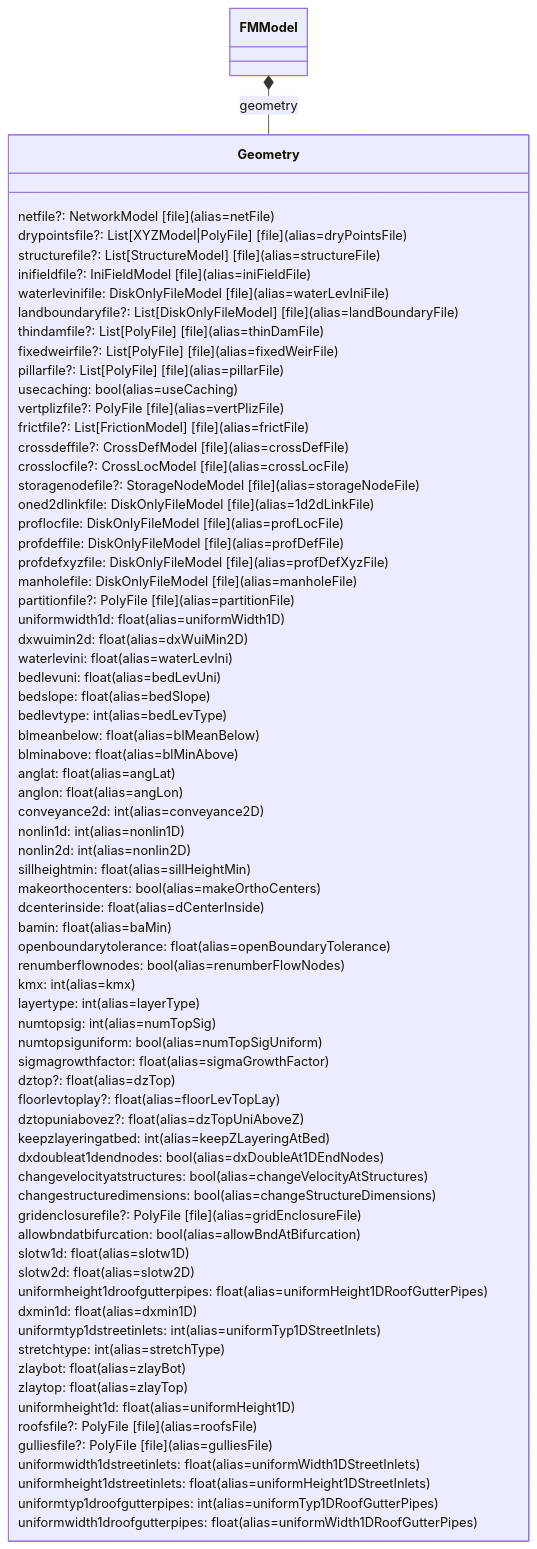
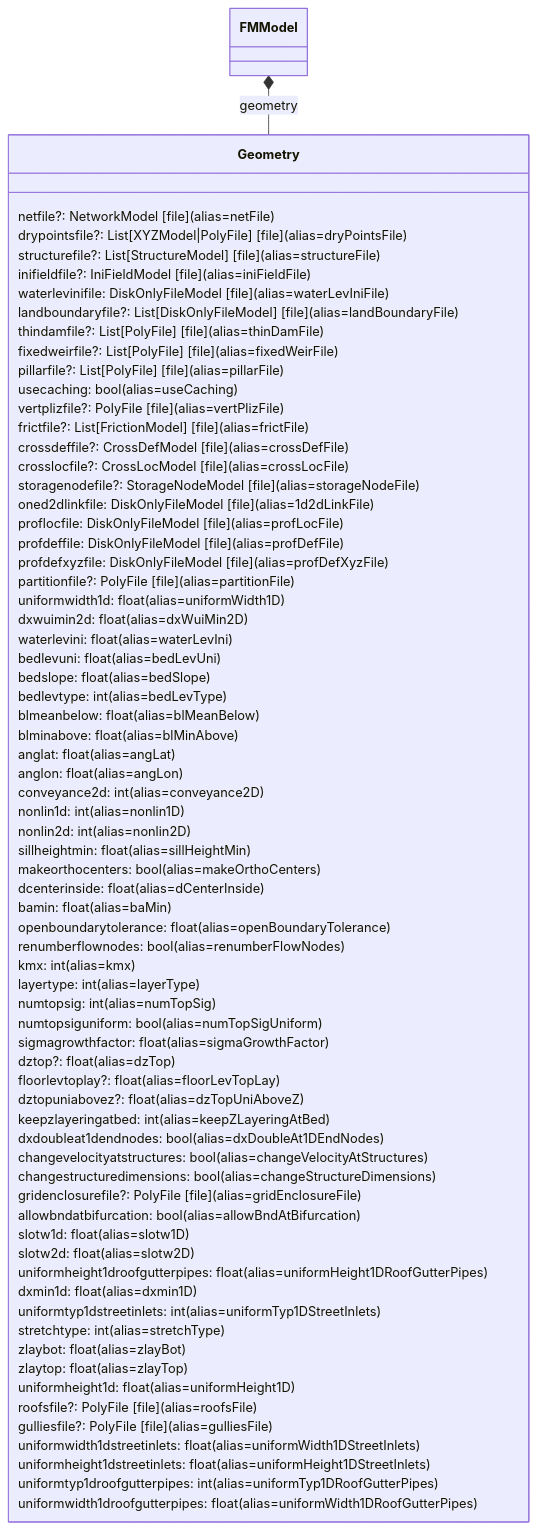
One commit to Deltares/HYDROLIB-core changed the second of 8 diagrams in docs/reference/dflowfm/mdu/fm-model-attributes-detailed.md. Above: the diagram before and after it, drawn with Mermaid. The commit also changed 26 other files, not shown here.

Commit message:
feat(models): remove deprecated 'manholeFile' field from model attributes

````diff
--- a/docs/reference/dflowfm/mdu/fm-model-attributes-detailed.md
+++ b/docs/reference/dflowfm/mdu/fm-model-attributes-detailed.md
@@ -129,80 +129,79 @@
 ```mermaid
 classDiagram
     direction TB
 
     class Geometry {
       netfile?: NetworkModel [file] (alias=netFile)
       drypointsfile?: List[XYZModel|PolyFile] [file] (alias=dryPointsFile)
       structurefile?: List[StructureModel] [file] (alias=structureFile)
       inifieldfile?: IniFieldModel [file] (alias=iniFieldFile)
       waterlevinifile: DiskOnlyFileModel [file] (alias=waterLevIniFile)
       landboundaryfile?: List[DiskOnlyFileModel] [file] (alias=landBoundaryFile)
       thindamfile?: List[PolyFile] [file] (alias=thinDamFile)
       fixedweirfile?: List[PolyFile] [file] (alias=fixedWeirFile)
       pillarfile?: List[PolyFile] [file] (alias=pillarFile)
       usecaching: bool (alias=useCaching)
       vertplizfile?: PolyFile [file] (alias=vertPlizFile)
       frictfile?: List[FrictionModel] [file] (alias=frictFile)
       crossdeffile?: CrossDefModel [file] (alias=crossDefFile)
       crosslocfile?: CrossLocModel [file] (alias=crossLocFile)
       storagenodefile?: StorageNodeModel [file] (alias=storageNodeFile)
       oned2dlinkfile: DiskOnlyFileModel [file] (alias=1d2dLinkFile)
       proflocfile: DiskOnlyFileModel [file] (alias=profLocFile)
       profdeffile: DiskOnlyFileModel [file] (alias=profDefFile)
       profdefxyzfile: DiskOnlyFileModel [file] (alias=profDefXyzFile)
-      manholefile: DiskOnlyFileModel [file] (alias=manholeFile)
       partitionfile?: PolyFile [file] (alias=partitionFile)
       uniformwidth1d: float (alias=uniformWidth1D)
       dxwuimin2d: float (alias=dxWuiMin2D)
       waterlevini: float (alias=waterLevIni)
       bedlevuni: float (alias=bedLevUni)
       bedslope: float (alias=bedSlope)
       bedlevtype: int (alias=bedLevType)
       blmeanbelow: float (alias=blMeanBelow)
       blminabove: float (alias=blMinAbove)
       anglat: float (alias=angLat)
       anglon: float (alias=angLon)
       conveyance2d: int (alias=conveyance2D)
       nonlin1d: int (alias=nonlin1D)
       nonlin2d: int (alias=nonlin2D)
       sillheightmin: float (alias=sillHeightMin)
       makeorthocenters: bool (alias=makeOrthoCenters)
       dcenterinside: float (alias=dCenterInside)
       bamin: float (alias=baMin)
       openboundarytolerance: float (alias=openBoundaryTolerance)
       renumberflownodes: bool (alias=renumberFlowNodes)
       kmx: int (alias=kmx)
       layertype: int (alias=layerType)
       numtopsig: int (alias=numTopSig)
       numtopsiguniform: bool (alias=numTopSigUniform)
       sigmagrowthfactor: float (alias=sigmaGrowthFactor)
       dztop?: float (alias=dzTop)
       floorlevtoplay?: float (alias=floorLevTopLay)
       dztopuniabovez?: float (alias=dzTopUniAboveZ)
       keepzlayeringatbed: int (alias=keepZLayeringAtBed)
       dxdoubleat1dendnodes: bool (alias=dxDoubleAt1DEndNodes)
       changevelocityatstructures: bool (alias=changeVelocityAtStructures)
       changestructuredimensions: bool (alias=changeStructureDimensions)
       gridenclosurefile?: PolyFile [file] (alias=gridEnclosureFile)
       allowbndatbifurcation: bool (alias=allowBndAtBifurcation)
       slotw1d: float (alias=slotw1D)
       slotw2d: float (alias=slotw2D)
       uniformheight1droofgutterpipes: float (alias=uniformHeight1DRoofGutterPipes)
       dxmin1d: float (alias=dxmin1D)
       uniformtyp1dstreetinlets: int (alias=uniformTyp1DStreetInlets)
       stretchtype: int (alias=stretchType)
       zlaybot: float (alias=zlayBot)
       zlaytop: float (alias=zlayTop)
       uniformheight1d: float (alias=uniformHeight1D)
       roofsfile?: PolyFile [file] (alias=roofsFile)
       gulliesfile?: PolyFile [file] (alias=gulliesFile)
       uniformwidth1dstreetinlets: float (alias=uniformWidth1DStreetInlets)
       uniformheight1dstreetinlets: float (alias=uniformHeight1DStreetInlets)
       uniformtyp1droofgutterpipes: int (alias=uniformTyp1DRoofGutterPipes)
       uniformwidth1droofgutterpipes: float (alias=uniformWidth1DRoofGutterPipes)
     }
 
     %% Connect to FMModel like in the consolidated overview
     class FMModel
     FMModel *-- Geometry : geometry
 ```
````
